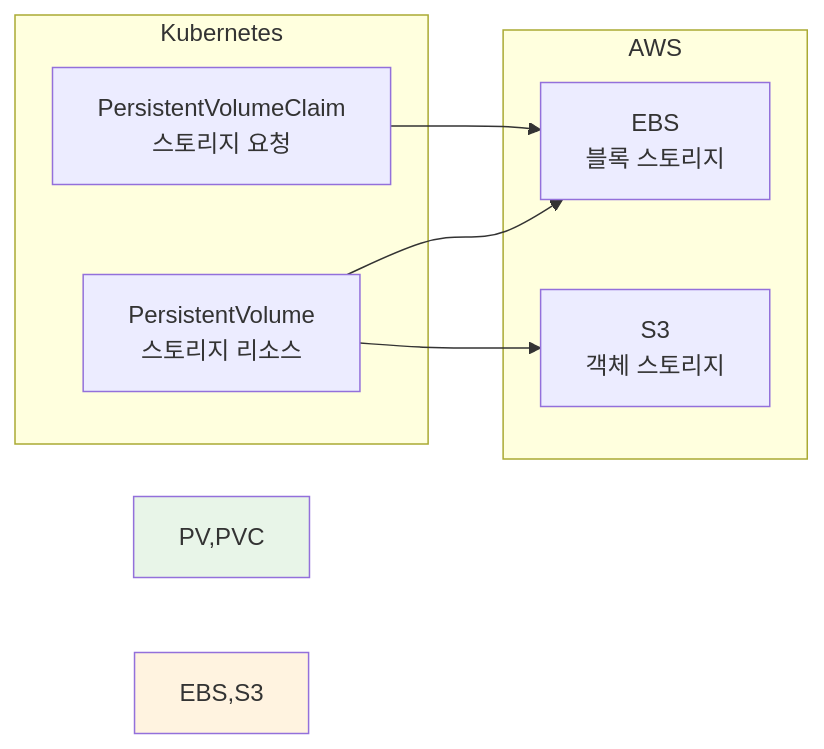
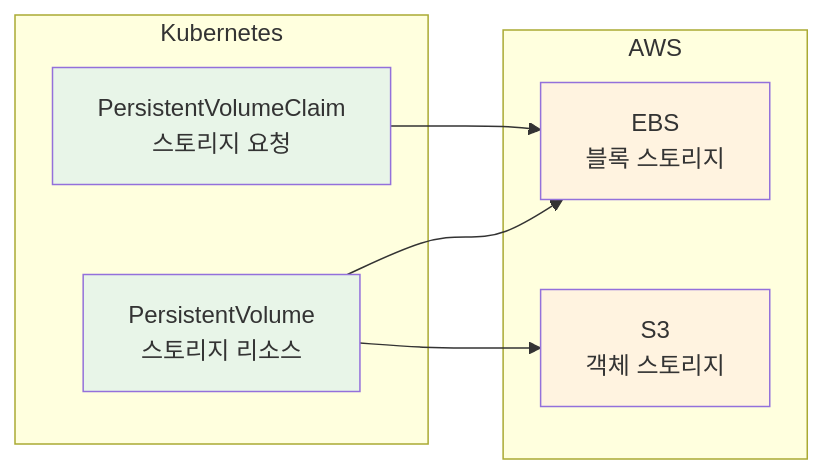
One commit to niceguy61/kdt_devops_lecture_2025 changed the tenth of 11 diagrams in theory/week_04/day5/session_3.md. Above: the diagram before and after it, drawn with Mermaid. The commit also changed other lines of this file and 2 other files, not shown here.

Commit message:
mermaid style 변경

````diff
--- a/theory/week_04/day5/session_3.md
+++ b/theory/week_04/day5/session_3.md
@@ -474,19 +491,21 @@
 ```mermaid
 graph LR
     subgraph "Kubernetes"
         PV[PersistentVolume<br/>스토리지 리소스]
         PVC[PersistentVolumeClaim<br/>스토리지 요청]
     end
     
     subgraph "AWS"
         EBS[EBS<br/>블록 스토리지]
         S3[S3<br/>객체 스토리지]
     end
     
     PV --> EBS
     PVC --> EBS
     PV --> S3
     
-    style PV,PVC fill:#e8f5e8
-    style EBS,S3 fill:#fff3e0
+    style PV fill:#e8f5e8
+    style PVC fill:#e8f5e8
+    style EBS fill:#fff3e0
+    style S3 fill:#fff3e0
 ```
````
